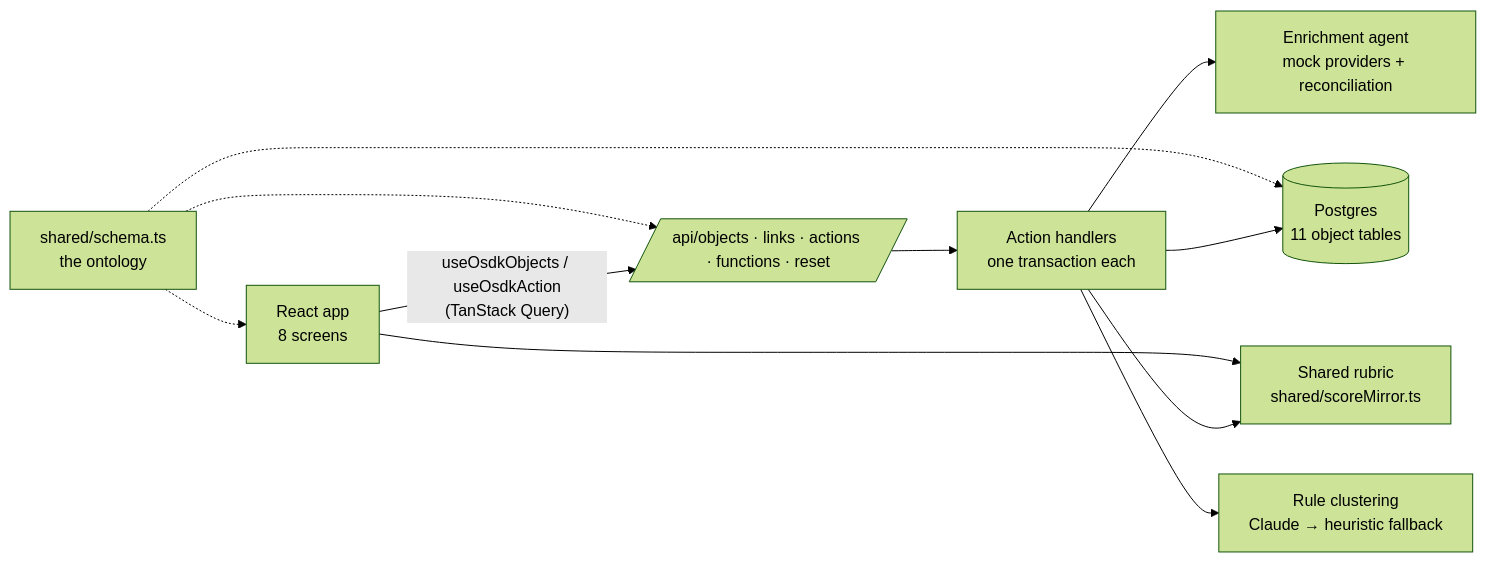
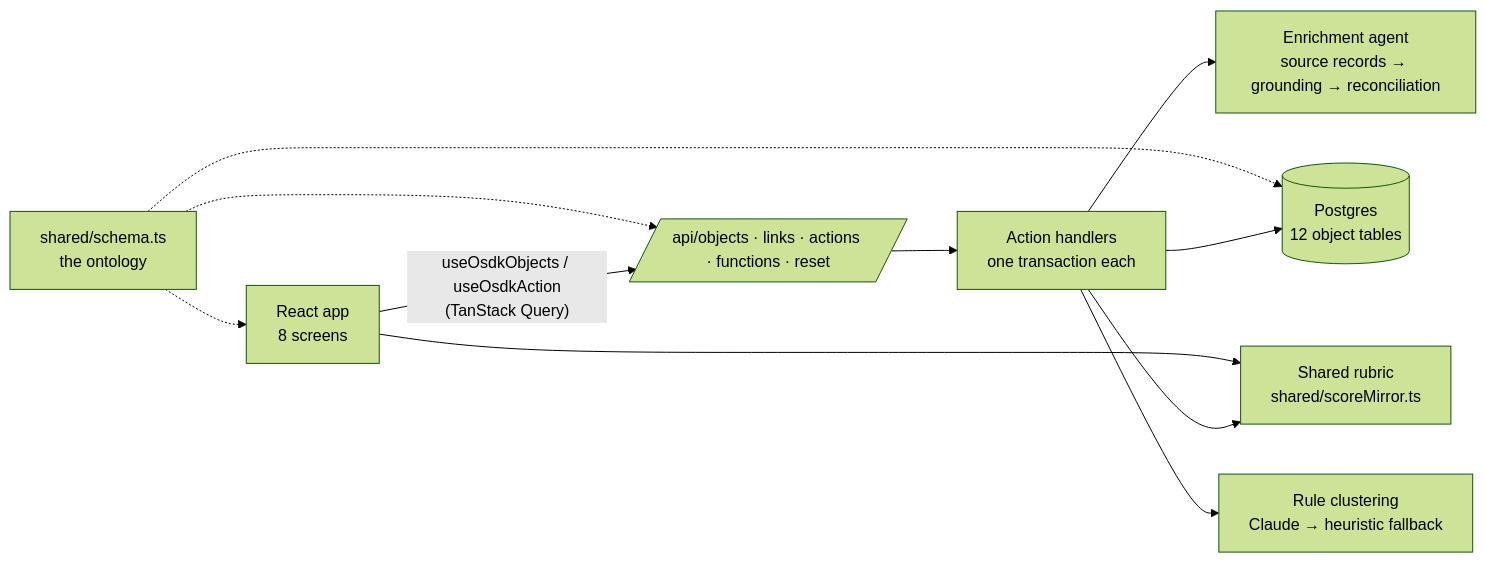
The diagram in README.md (llukehanna/beacon), drawn with Mermaid (forest theme) before and after one commit. The commit also changed other lines of this file and 1 other file, not shown here.

Commit message:
Docs: grounded extraction, offline fixtures, and the source drawer

````diff
--- a/README.md
+++ b/README.md
@@ -28,13 +28,13 @@
 ```mermaid
 flowchart LR
   UI[React app<br/>8 screens] -- "useOsdkObjects / useOsdkAction<br/>(TanStack Query)" --> API[/api/objects · links · actions · functions · reset/]
   API --> Actions[Action handlers<br/>one transaction each]
   Actions --> Rubric[Shared rubric<br/>shared/scoreMirror.ts]
   UI --> Rubric
-  Actions --> Agent[Enrichment agent<br/>mock providers + reconciliation]
+  Actions --> Agent[Enrichment agent<br/>source records → grounding → reconciliation]
   Actions --> Cluster[Rule clustering<br/>Claude → heuristic fallback]
-  Actions --> PG[(Postgres<br/>11 object tables)]
+  Actions --> PG[(Postgres<br/>12 object tables)]
   Schema[shared/schema.ts<br/>the ontology] -.-> PG
   Schema -.-> API
   Schema -.-> UI
 ```
````
